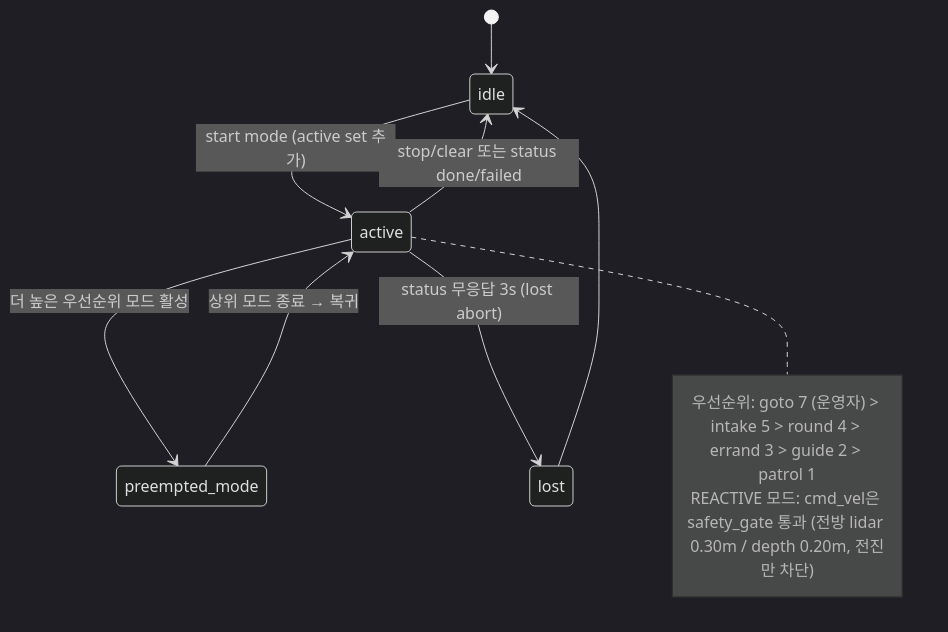
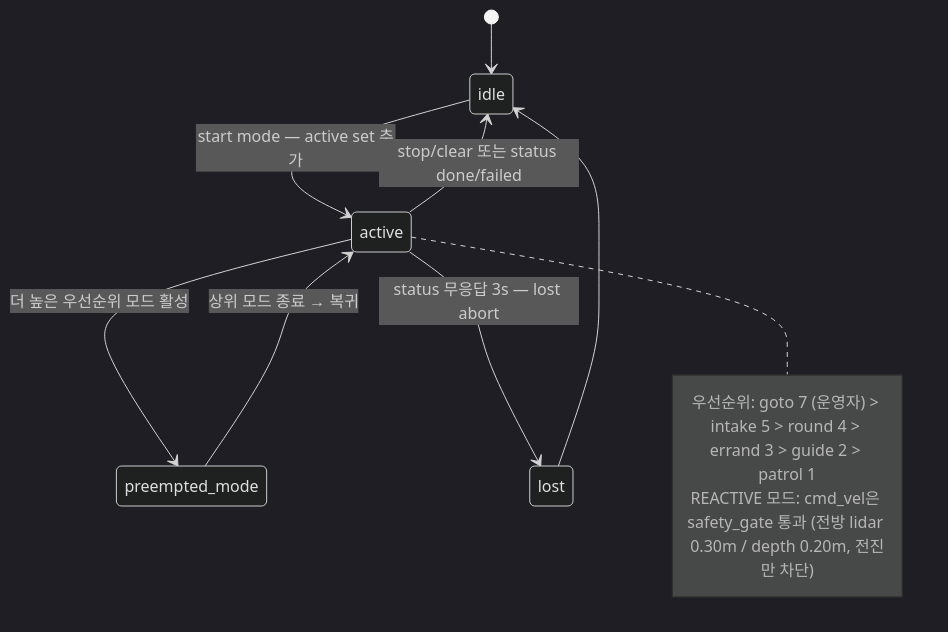
The tenth of 13 diagrams in docs/architecture/05_mermaid_architecture.md (yevettee/MediCart), drawn with Mermaid (dark theme) before and after one commit. The commit also changed other lines of this file, not shown here.

Commit message:
docs(arch): mermaid v10 렌더 안전화 — stateDiagram 전이 라벨 괄호 제거 + 결정노드 라벨 인용

````diff
--- a/docs/architecture/05_mermaid_architecture.md
+++ b/docs/architecture/05_mermaid_architecture.md
@@ -201,14 +201,14 @@
 ```mermaid
 stateDiagram-v2
   [*] --> idle
-  idle --> active : start mode (active set 추가)
+  idle --> active : start mode — active set 추가
   active --> preempted_mode : 더 높은 우선순위 모드 활성
   preempted_mode --> active : 상위 모드 종료 → 복귀
   active --> idle : stop/clear 또는 status done/failed
-  active --> lost : status 무응답 3s (lost abort)
+  active --> lost : status 무응답 3s — lost abort
   lost --> idle
   note right of active
     우선순위: goto 7 (운영자) > intake 5 > round 4 > errand 3 > guide 2 > patrol 1
     REACTIVE 모드: cmd_vel은 safety_gate 통과 (전방 lidar 0.30m / depth 0.20m, 전진만 차단)
   end note
 ```
````
